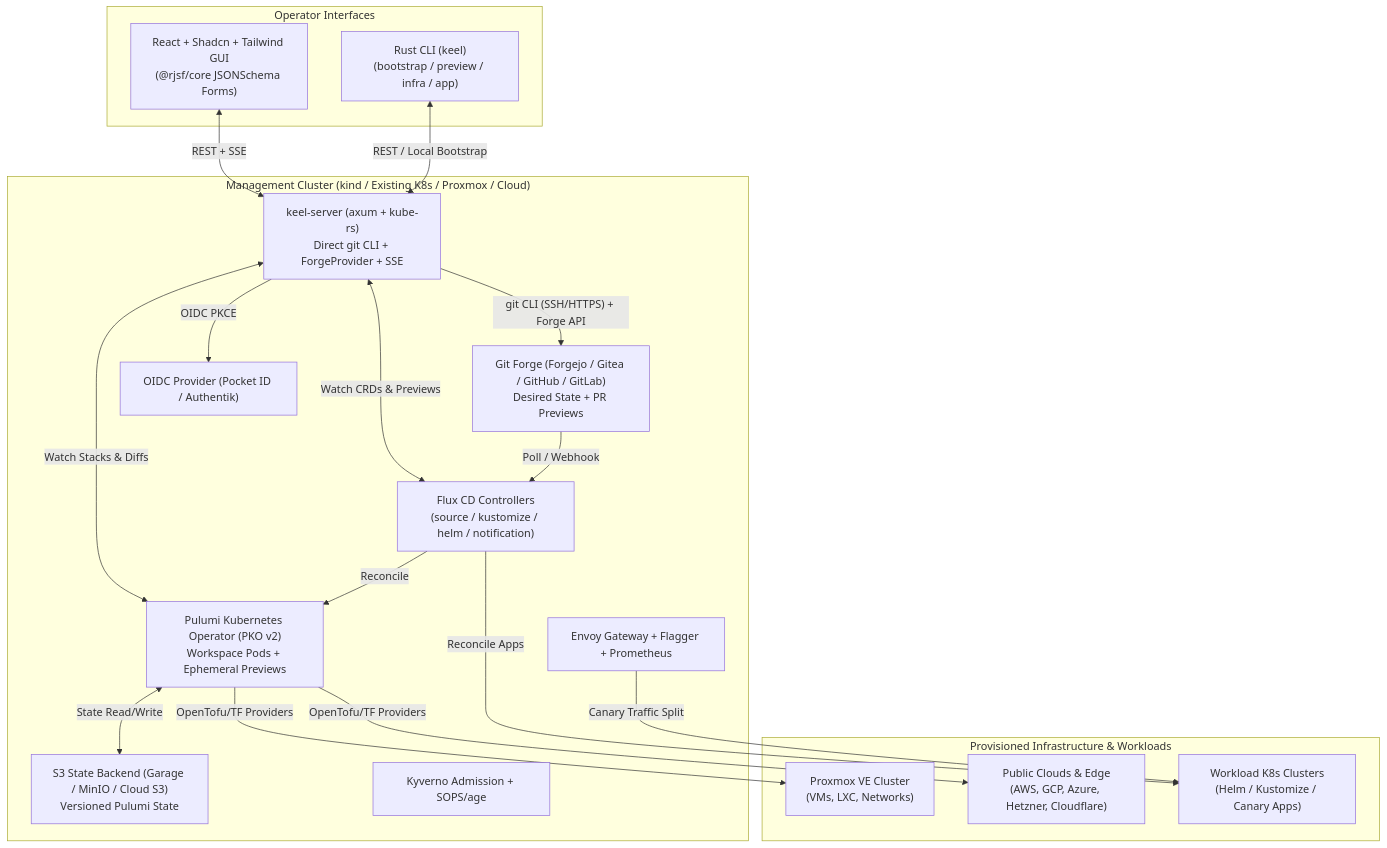
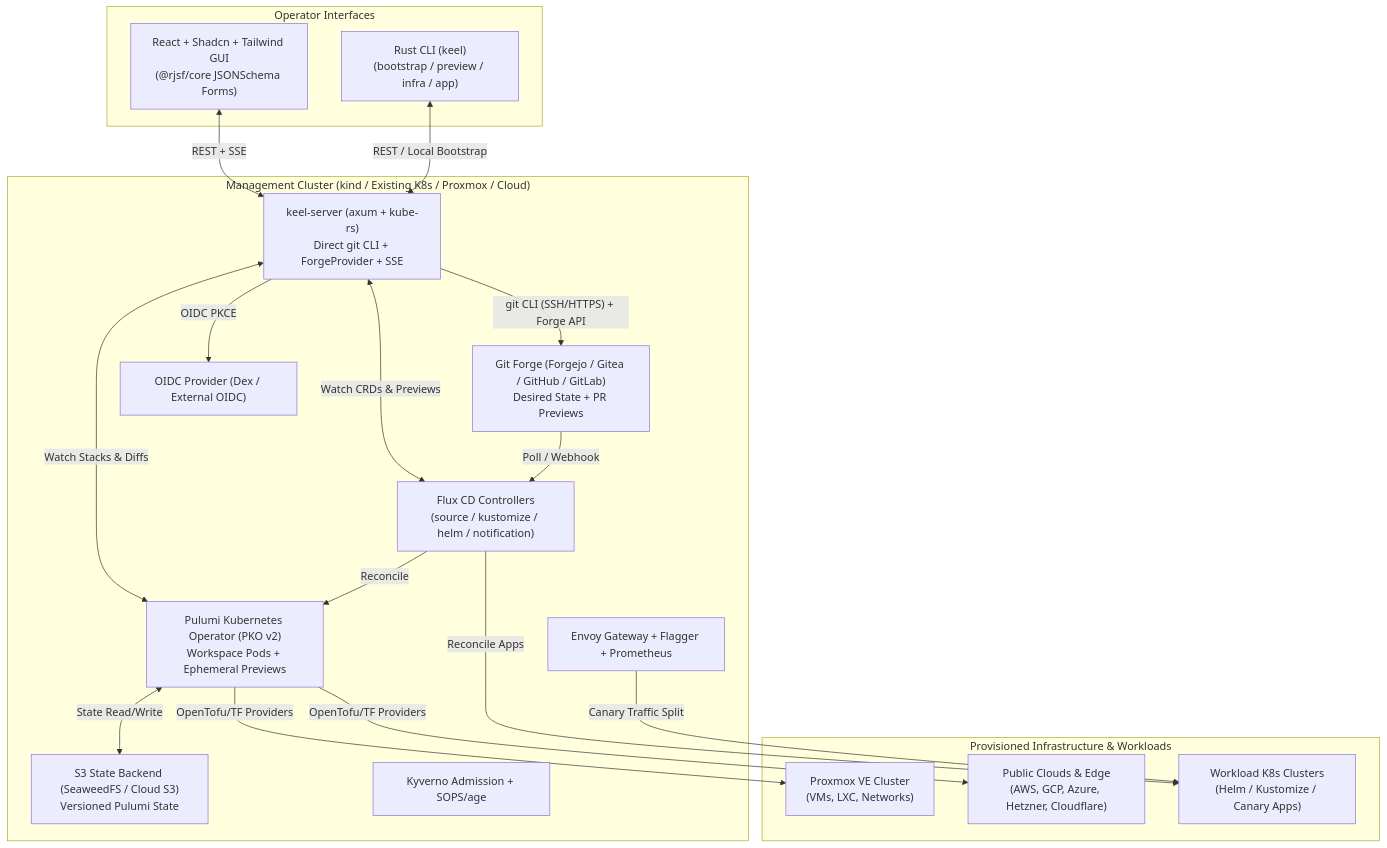
The diagram in README.md (rdylanwalker/keel), drawn with Mermaid before and after one commit. The commit also changed other lines of this file and 2 other files, not shown here.

Commit message:
docs: update Stage 0 bootstrap docs for SeaweedFS, Dex OIDC, and Topology Map

````diff
--- a/README.md
+++ b/README.md
@@ -22,38 +22,38 @@
 ```mermaid
 flowchart TB
     subgraph Clients["Operator Interfaces"]
         GUI["React + Shadcn + Tailwind GUI<br/>(@rjsf/core JSONSchema Forms)"]
         CLI["Rust CLI (keel)<br/>(bootstrap / preview / infra / app)"]
     end
 
     subgraph ControlPlane["Management Cluster (kind / Existing K8s / Proxmox / Cloud)"]
         API["keel-server (axum + kube-rs)<br/>Direct git CLI + ForgeProvider + SSE"]
-        S3["S3 State Backend (Garage / MinIO / Cloud S3)<br/>Versioned Pulumi State"]
+        S3["S3 State Backend (SeaweedFS / Cloud S3)<br/>Versioned Pulumi State"]
         FORGE["Git Forge (Forgejo / Gitea / GitHub / GitLab)<br/>Desired State + PR Previews"]
-        OIDC["OIDC Provider (Pocket ID / Authentik)"]
+        OIDC["OIDC Provider (Dex / External OIDC)"]
         FLUX["Flux CD Controllers<br/>(source / kustomize / helm / notification)"]
         PKO["Pulumi Kubernetes Operator (PKO v2)<br/>Workspace Pods + Ephemeral Previews"]
         GUARD["Kyverno Admission + SOPS/age"]
         ENVOY["Envoy Gateway + Flagger + Prometheus"]
     end
 
     subgraph Targets["Provisioned Infrastructure & Workloads"]
         PVE["Proxmox VE Cluster<br/>(VMs, LXC, Networks)"]
         CLOUD["Public Clouds & Edge<br/>(AWS, GCP, Azure, Hetzner, Cloudflare)"]
         W_K8S["Workload K8s Clusters<br/>(Helm / Kustomize / Canary Apps)"]
     end
 
     GUI <-->|"REST + SSE"| API
     CLI <-->|"REST / Local Bootstrap"| API
     API -->|"OIDC PKCE"| OIDC
     API -->|"git CLI (SSH/HTTPS) + Forge API"| FORGE
     API <-->|"Watch CRDs & Previews"| FLUX
     API <-->|"Watch Stacks & Diffs"| PKO
     FORGE -->|"Poll / Webhook"| FLUX
     FLUX -->|"Reconcile"| PKO
     FLUX -->|"Reconcile Apps"| W_K8S
     PKO <-->|"State Read/Write"| S3
     PKO -->|"OpenTofu/TF Providers"| PVE
     PKO -->|"OpenTofu/TF Providers"| CLOUD
     ENVOY -->|"Canary Traffic Split"| W_K8S
 ```
````
